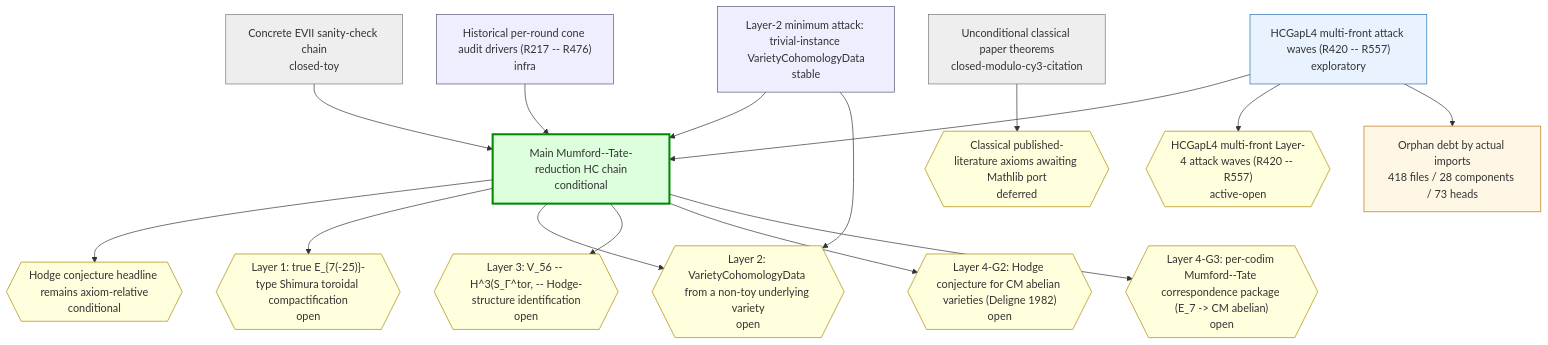
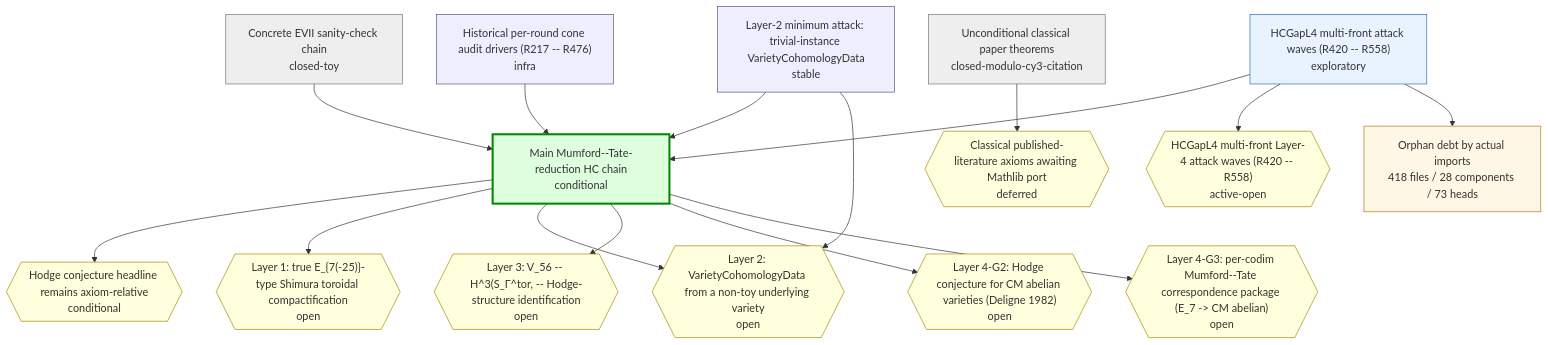
The first of 2 diagrams in chain-status/research-map.md (crabsatellite/hodge-conjecture-lean4-formalization), drawn with Mermaid before and after one commit. The commit also changed other lines of this file and 7 other files, not shown here.

````diff
--- a/chain-status/research-map.md
+++ b/chain-status/research-map.md
@@ -45,44 +45,44 @@
 ```mermaid
 graph TD
   classDef main fill:#dfd,stroke:#080,stroke-width:3px
   classDef active fill:#e8f3ff,stroke:#2670b8
   classDef support fill:#eef,stroke:#557
   classDef closed fill:#eee,stroke:#777
   classDef dead fill:#fdd,stroke:#a00,stroke-width:2px
   classDef gapOpen fill:#ffd,stroke:#a80
   classDef gapClosed fill:#eee,stroke:#777
   classDef gapDead fill:#fdd,stroke:#a00
   classDef debt fill:#fff7e6,stroke:#b87514
   classDef debtTaxonomy fill:#e8f3ff,stroke:#2670b8,stroke-dasharray:3 3
   classDef debtRule fill:#eefbea,stroke:#398439,stroke-dasharray:3 3
   classDef debtDead fill:#fdd,stroke:#a00,stroke-dasharray:3 3
   chain_main_hc_axiom_relative["Main Mumford--Tate-reduction HC chain\nconditional"]:::main
   chain_unconditional_classical["Unconditional classical paper theorems\nclosed-modulo-cy3-citation"]:::closed
   chain_hcgap_l2_trivial_instances["Layer-2 minimum attack: trivial-instance VarietyCohomologyData\nstable"]:::support
-  chain_hcgap_l4_multifront_active["HCGapL4 multi-front attack waves (R420 -- R557)\nexploratory"]:::active
+  chain_hcgap_l4_multifront_active["HCGapL4 multi-front attack waves (R420 -- R558)\nexploratory"]:::active
   chain_concrete_evii_toy["Concrete EVII sanity-check chain\nclosed-toy"]:::closed
   chain_historical_cone_audits["Historical per-round cone audit drivers (R217 -- R476)\ninfra"]:::support
   gap_G_main_hc{{"Hodge conjecture headline remains axiom-relative\nconditional"}}:::gapOpen
   gap_G_l1_e7_shimura_tor{{"Layer 1: true E_{7(-25)}-type Shimura toroidal compactification\nopen"}}:::gapOpen
   gap_G_l2_cohomology_construction{{"Layer 2: VarietyCohomologyData from a non-toy underlying variety\nopen"}}:::gapOpen
   gap_G_l3_v56_mt_identification{{"Layer 3: V_56 -- H^3(S_Γ^tor, -- Hodge-structure identification\nopen"}}:::gapOpen
   gap_G_l4_cm_abelian_hc{{"Layer 4-G2: Hodge conjecture for CM abelian varieties (Deligne 1982)\nopen"}}:::gapOpen
   gap_G_l4_mt_correspondence{{"Layer 4-G3: per-codim Mumford--Tate correspondence package (E_7 -> CM abelian)\nopen"}}:::gapOpen
   gap_G_classical_mathlib_port{{"Classical published-literature axioms awaiting Mathlib port\ndeferred"}}:::gapOpen
-  gap_G_hcgap_l4_multifront{{"HCGapL4 multi-front Layer-4 attack waves (R420 -- R557)\nactive-open"}}:::gapOpen
+  gap_G_hcgap_l4_multifront{{"HCGapL4 multi-front Layer-4 attack waves (R420 -- R558)\nactive-open"}}:::gapOpen
   chain_main_hc_axiom_relative --> gap_G_main_hc
   chain_main_hc_axiom_relative --> gap_G_l1_e7_shimura_tor
   chain_main_hc_axiom_relative --> gap_G_l2_cohomology_construction
   chain_main_hc_axiom_relative --> gap_G_l3_v56_mt_identification
   chain_main_hc_axiom_relative --> gap_G_l4_cm_abelian_hc
   chain_main_hc_axiom_relative --> gap_G_l4_mt_correspondence
   chain_unconditional_classical --> gap_G_classical_mathlib_port
   chain_hcgap_l2_trivial_instances --> chain_main_hc_axiom_relative
   chain_hcgap_l2_trivial_instances --> gap_G_l2_cohomology_construction
   chain_hcgap_l4_multifront_active --> chain_main_hc_axiom_relative
   chain_hcgap_l4_multifront_active --> gap_G_hcgap_l4_multifront
   chain_concrete_evii_toy --> chain_main_hc_axiom_relative
   chain_historical_cone_audits --> chain_main_hc_axiom_relative
   debt_all["Orphan debt by actual imports\n418 files / 28 components / 73 heads"]:::debt
   chain_hcgap_l4_multifront_active --> debt_all
 ```
````
